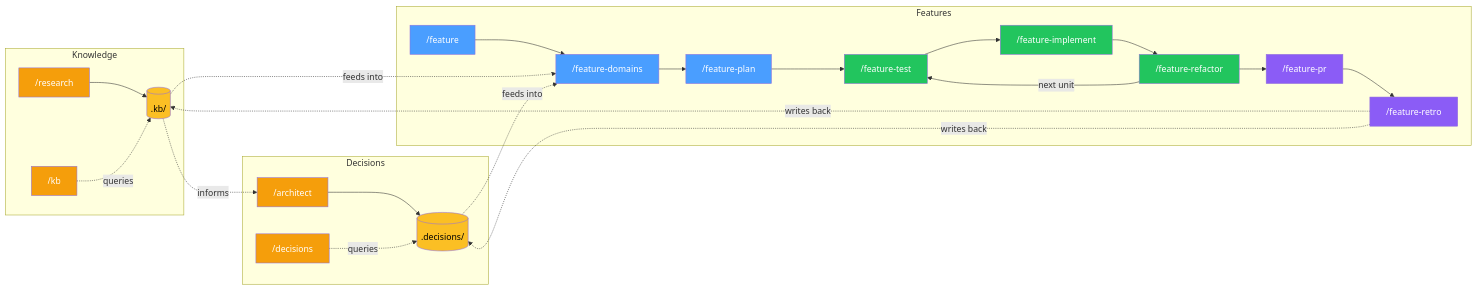
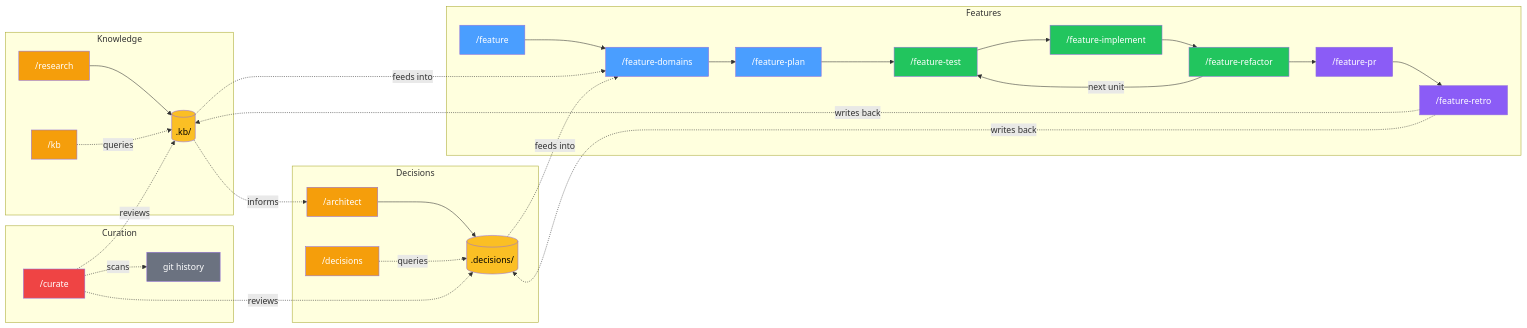
The diagram in README.md (telefrek/vallorcine), drawn with Mermaid before and after one commit. The commit also changed other lines of this file and 23 other files, not shown here.

````diff
--- a/README.md
+++ b/README.md
@@ -32,44 +37,52 @@
 ```mermaid
 graph LR
     subgraph Knowledge
         RES["/research"] --> KB[(".kb/")]
         KBQ["/kb"] -.->|"queries"| KB
     end
 
     subgraph Decisions
         ARC["/architect"] --> DEC[(".decisions/")]
         DECQ["/decisions"] -.->|"queries"| DEC
         KB -.->|"informs"| ARC
     end
 
     subgraph Features
         S["/feature"] --> D["/feature-domains"]
         D --> P["/feature-plan"]
         P --> T["/feature-test"]
         T --> I["/feature-implement"]
         I --> R["/feature-refactor"]
         R -->|"next unit"| T
         R --> PR["/feature-pr"]
         PR --> RET["/feature-retro"]
     end
 
     KB -.->|"feeds into"| D
     DEC -.->|"feeds into"| D
     RET -.->|"writes back"| KB
     RET -.->|"writes back"| DEC
 
+    subgraph Curation
+        CUR["/curate"] -.->|"reviews"| KB
+        CUR -.->|"reviews"| DEC
+        CUR -.->|"scans"| GIT["git history"]
+    end
+
+    style CUR fill:#ef4444,color:#fff
+    style GIT fill:#6b7280,color:#fff
     style S fill:#4a9eff,color:#fff
     style D fill:#4a9eff,color:#fff
     style P fill:#4a9eff,color:#fff
     style T fill:#22c55e,color:#fff
     style I fill:#22c55e,color:#fff
     style R fill:#22c55e,color:#fff
     style PR fill:#8b5cf6,color:#fff
     style RET fill:#8b5cf6,color:#fff
     style RES fill:#f59e0b,color:#fff
     style ARC fill:#f59e0b,color:#fff
     style KB fill:#fbbf24,color:#000
     style DEC fill:#fbbf24,color:#000
     style KBQ fill:#f59e0b,color:#fff
     style DECQ fill:#f59e0b,color:#fff
 ```
````
